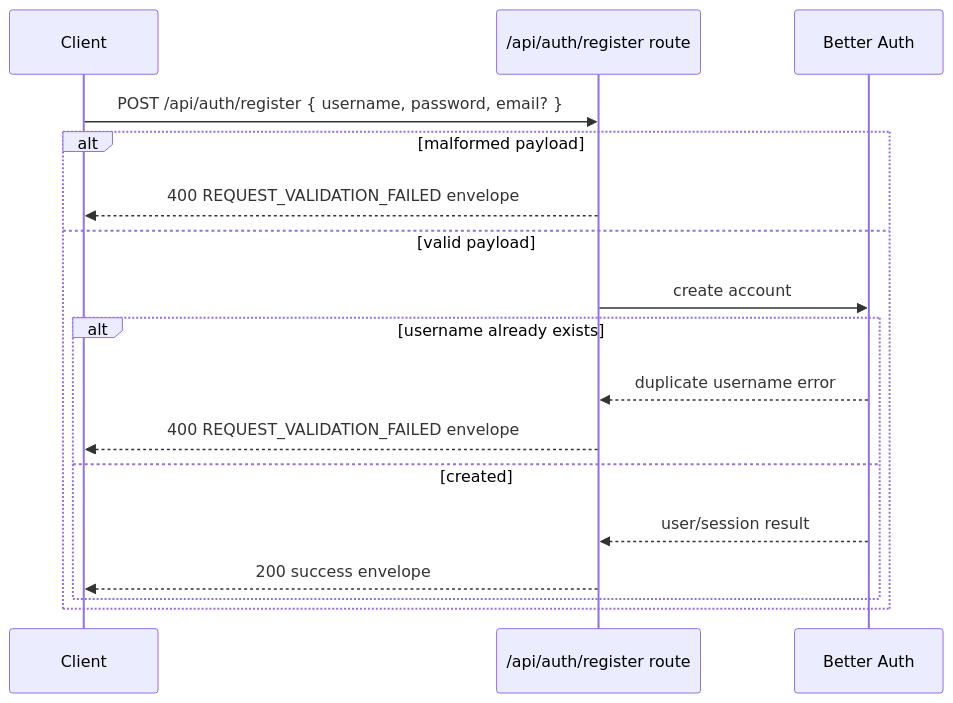
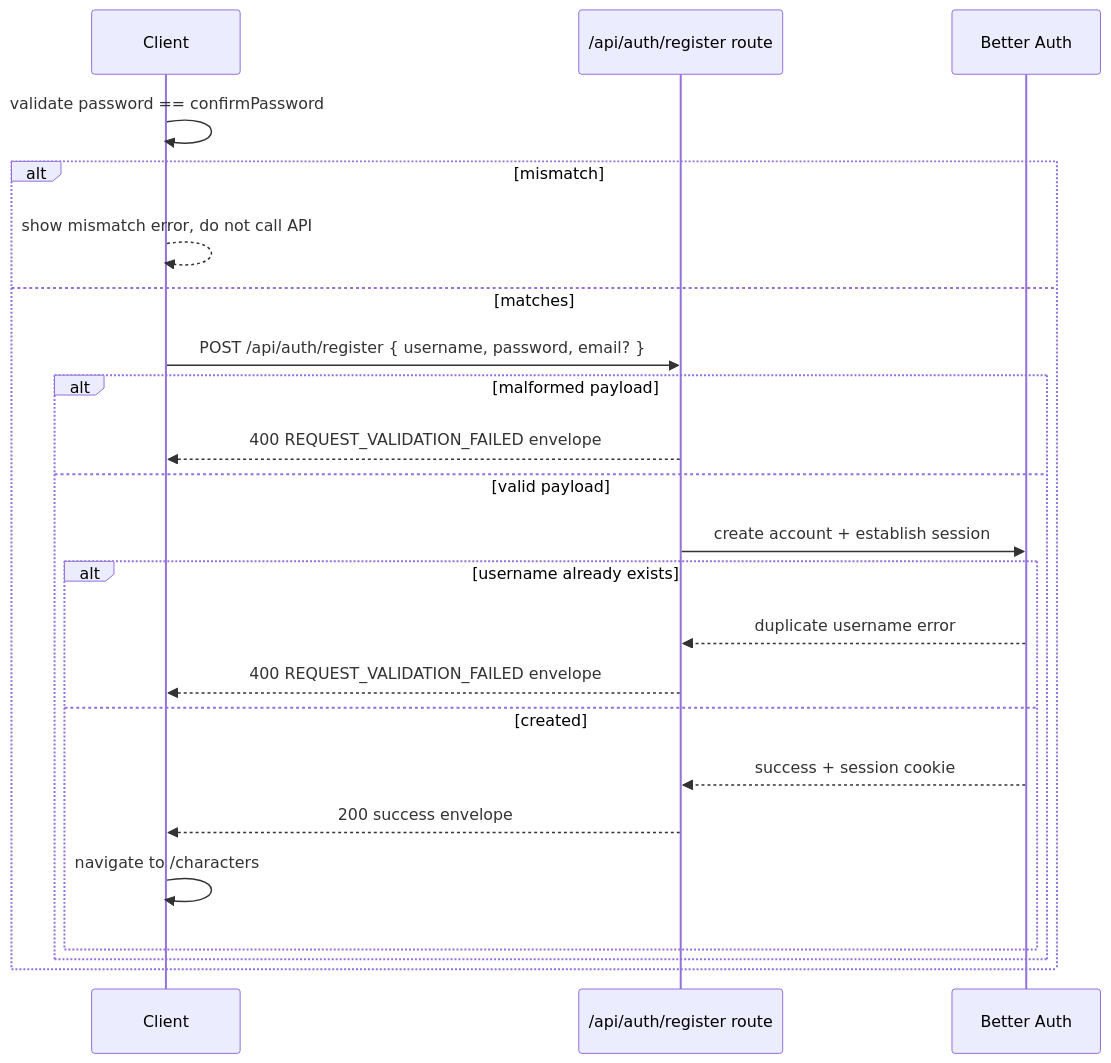
One commit to Antonyacosta78/dnd-character-manager changed the fourth of 4 diagrams in docs/specs/authentication/implementation-plan.md. Above: the diagram before and after it, drawn with Mermaid. The commit also changed other lines of this file and 8 other files, not shown here.

````diff
--- a/docs/specs/authentication/implementation-plan.md
+++ b/docs/specs/authentication/implementation-plan.md
@@ -265,19 +272,25 @@
 ```mermaid
 sequenceDiagram
   participant C as Client
   participant R as /api/auth/register route
   participant B as Better Auth
-  C->>R: POST /api/auth/register { username, password, email? }
-  alt malformed payload
-    R-->>C: 400 REQUEST_VALIDATION_FAILED envelope
-  else valid payload
-    R->>B: create account
-    alt username already exists
-      B-->>R: duplicate username error
+  C->>C: validate password == confirmPassword
+  alt mismatch
+    C-->>C: show mismatch error, do not call API
+  else matches
+    C->>R: POST /api/auth/register { username, password, email? }
+    alt malformed payload
       R-->>C: 400 REQUEST_VALIDATION_FAILED envelope
-    else created
-      B-->>R: user/session result
-      R-->>C: 200 success envelope
+    else valid payload
+      R->>B: create account + establish session
+      alt username already exists
+        B-->>R: duplicate username error
+        R-->>C: 400 REQUEST_VALIDATION_FAILED envelope
+      else created
+        B-->>R: success + session cookie
+        R-->>C: 200 success envelope
+        C->>C: navigate to /characters
+      end
     end
   end
 ```
````
